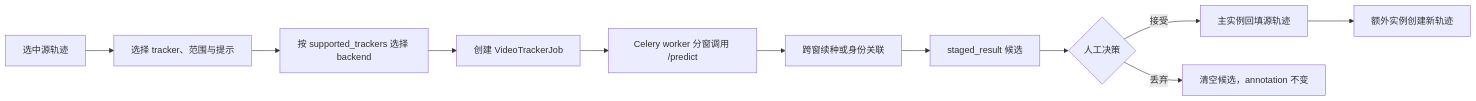
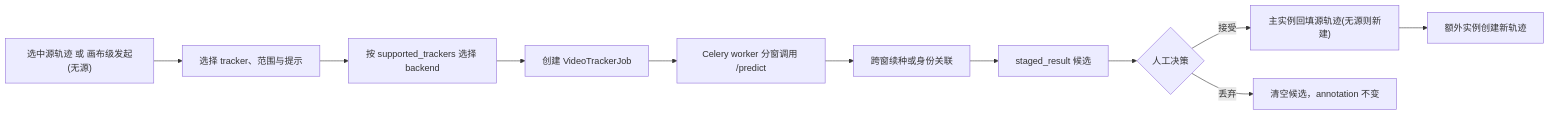
One commit to yyq19990828/ai-annotation-platform changed the diagram in docs-site/dev/concepts/video-ai-tracking.md. Above: the diagram before and after it, drawn with Mermaid. The commit also changed other lines of this file, not shown here.

````diff
--- a/docs-site/dev/concepts/video-ai-tracking.md
+++ b/docs-site/dev/concepts/video-ai-tracking.md
@@ -26,13 +26,13 @@
 ```mermaid
 flowchart LR
-    A["选中源轨迹"] --> B["选择 tracker、范围与提示"]
+    A["选中源轨迹 或 画布级发起(无源)"] --> B["选择 tracker、范围与提示"]
     B --> C["按 supported_trackers 选择 backend"]
     C --> D["创建 VideoTrackerJob"]
     D --> E["Celery worker 分窗调用 /predict"]
     E --> F["跨窗续种或身份关联"]
     F --> G["staged_result 候选"]
     G --> H{"人工决策"}
-    H -->|接受| I["主实例回填源轨迹"]
+    H -->|接受| I["主实例回填源轨迹(无源则新建)"]
     I --> J["额外实例创建新轨迹"]
     H -->|丢弃| K["清空候选，annotation 不变"]
 ```
````
